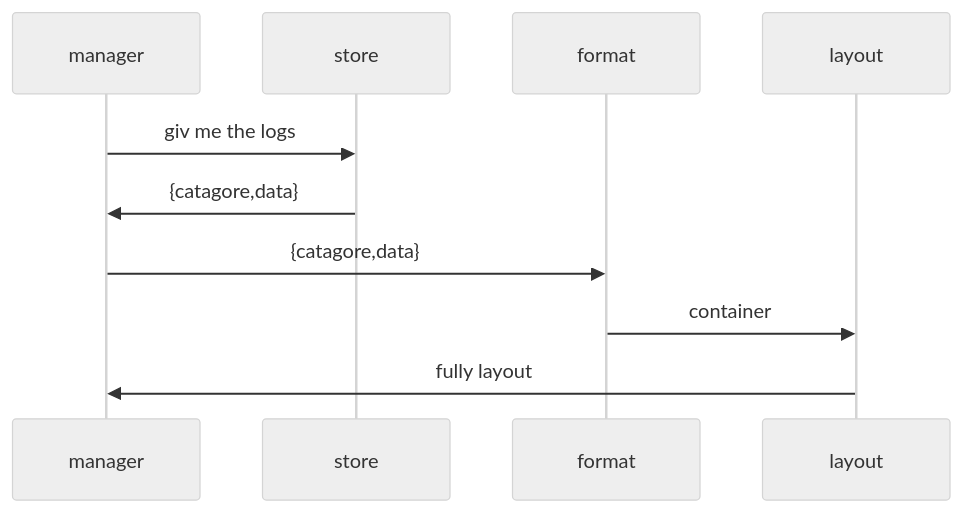
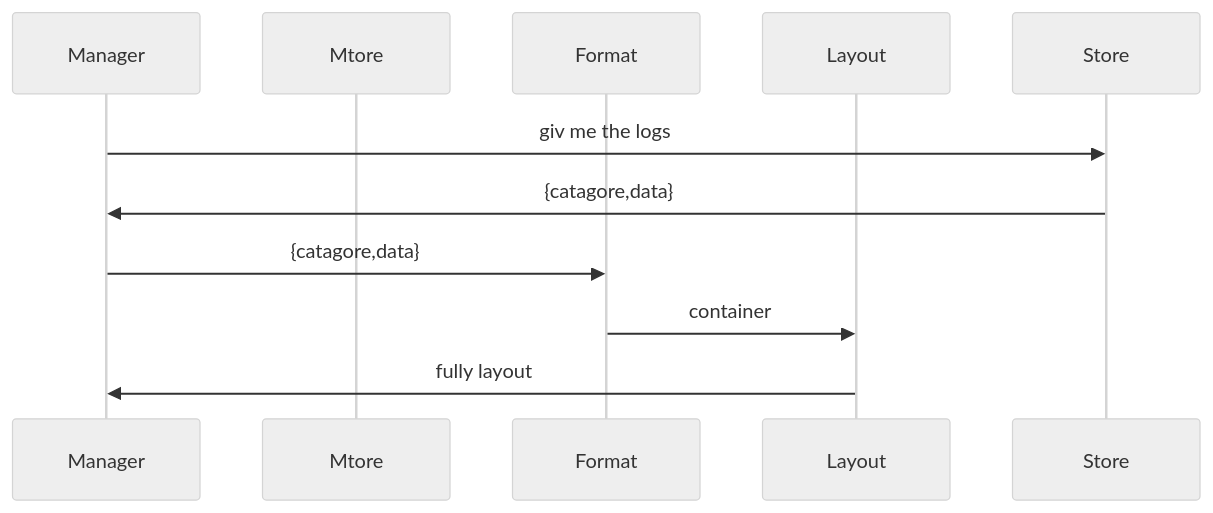
The second of 2 diagrams in README.md (moo-m/MDev), drawn with Mermaid (neutral theme) before and after one commit. The commit also changed other lines of this file, not shown here.

````diff
--- a/README.md
+++ b/README.md
@@ -137,12 +133,12 @@
 ```mermaid
 sequenceDiagram
-participant manager
-participant store
-participant format
-participant layout
-manager ->> store:giv me the logs
-store ->>manager:{catagore,data}
-manager ->> format:{catagore,data}
-format ->>layout:container
-layout ->> manager:fully layout
+participant Manager
+participant Mtore
+participant Format
+participant Layout
+Manager ->> Store:giv me the logs
+Store ->> Manager:{catagore,data}
+Manager ->> Format:{catagore,data}
+Format ->> Layout:container
+Layout ->> Manager:fully layout
 ```
````
